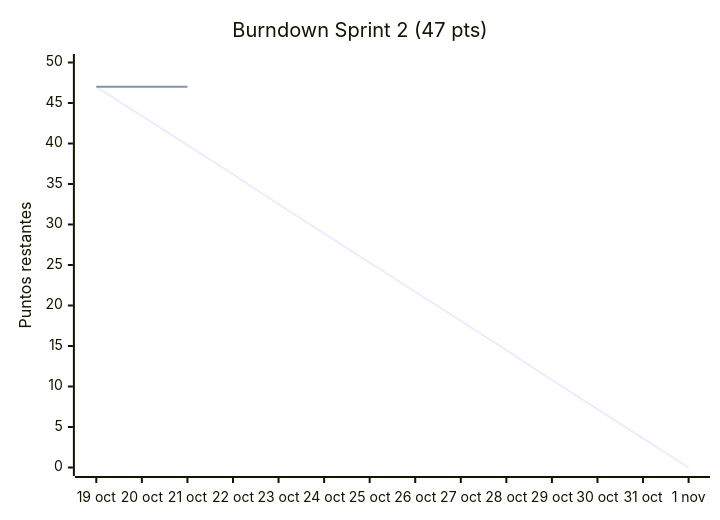
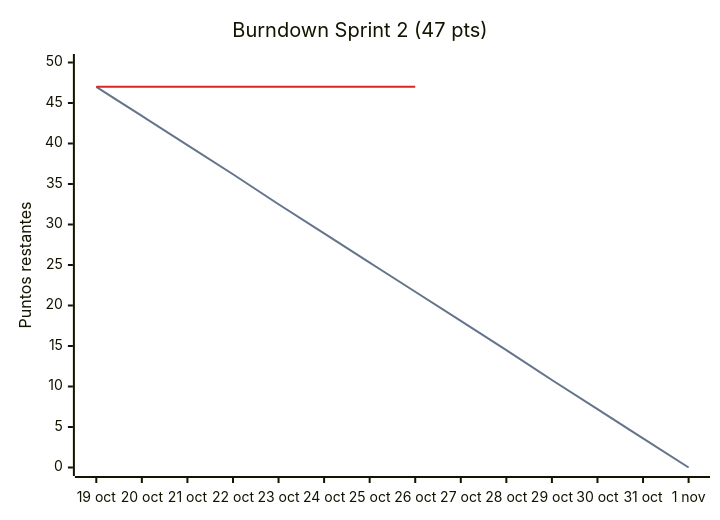
One commit to notNorthStar/Abarrotes- changed the first of 2 diagrams in docs/scrum/burndown.md. Above: the diagram before and after it, drawn with Mermaid. The commit also changed other lines of this file and 7 other files, not shown here.

First line of the commit message:
docs(diagramas): exporta clases, ER, burndown y burnup a PNG [D-03]

````diff
--- a/docs/scrum/burndown.md
+++ b/docs/scrum/burndown.md
@@ -43,8 +43,9 @@
 ```mermaid
+%%{init: {"themeVariables": {"xyChart": {"plotColorPalette": "#64748b, #dc2626"}}}}%%
 xychart-beta
     title "Burndown Sprint 2 (47 pts)"
     x-axis ["19 oct", "20 oct", "21 oct", "22 oct", "23 oct", "24 oct", "25 oct", "26 oct", "27 oct", "28 oct", "29 oct", "30 oct", "31 oct", "1 nov"]
     y-axis "Puntos restantes" 0 --> 50
     line [47.0, 43.4, 39.8, 36.2, 32.5, 28.9, 25.3, 21.7, 18.1, 14.5, 10.8, 7.2, 3.6, 0.0]
-    line [47, 47, 47]
+    line [47, 47, 47, 47, 47, 47, 47, 47]
 ```
````
